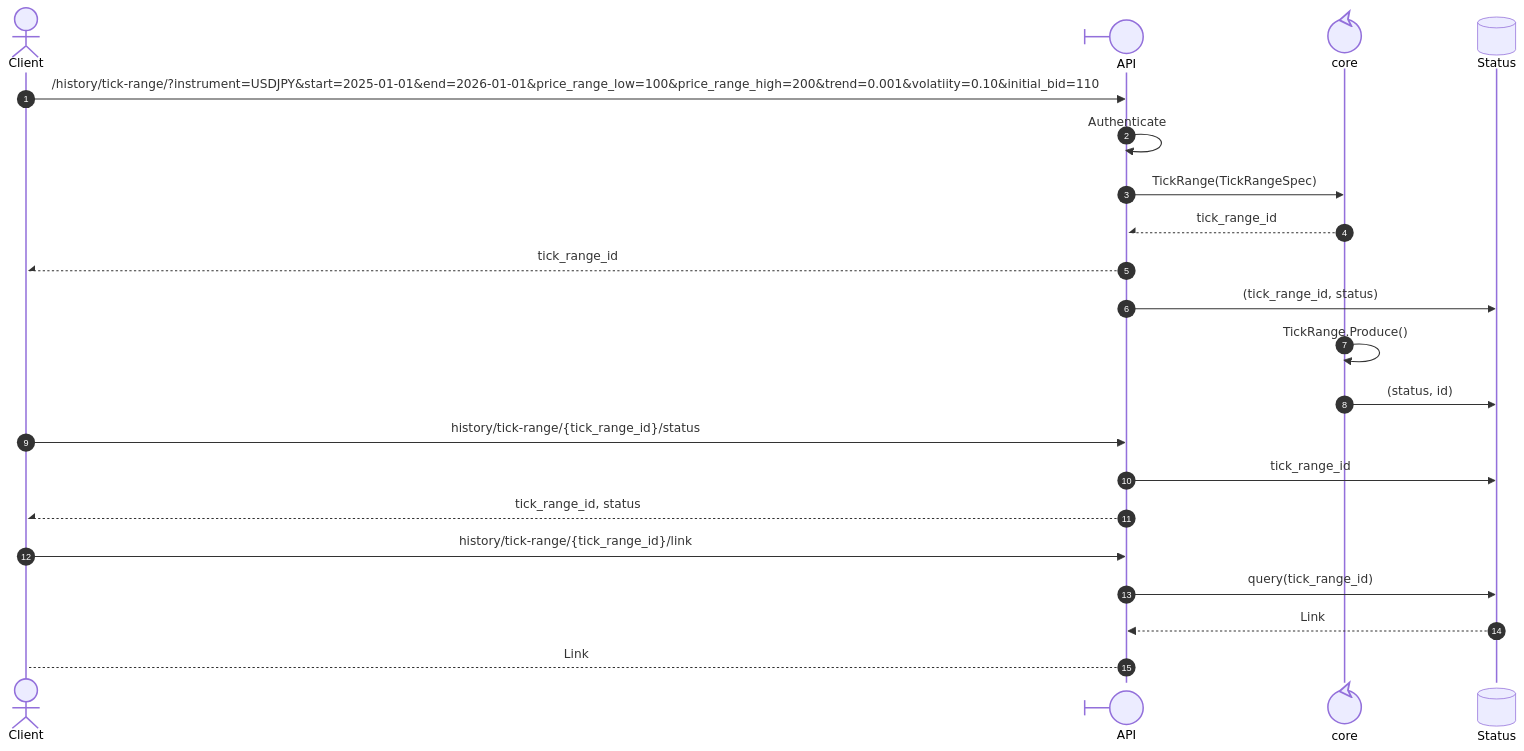
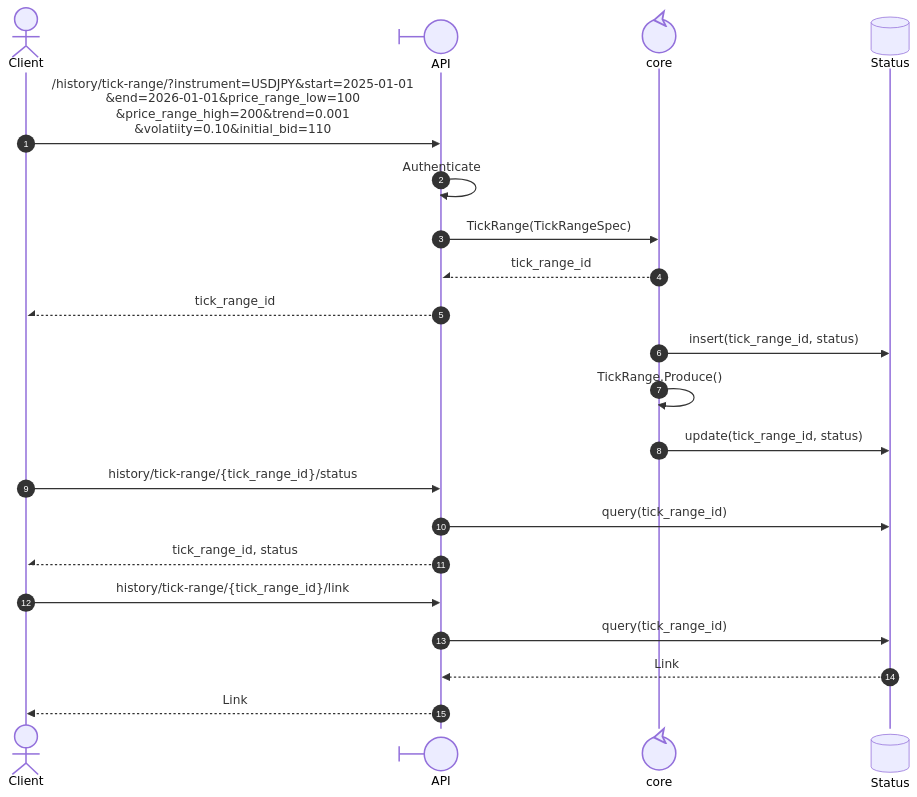
Before and after one commit to mchiuminatto/synthetick: the fourth of 4 diagrams in docs/design/domain-analysis.md, drawn with Mermaid. The commit also changed other lines of this file, not shown here.

````diff
--- a/docs/design/domain-analysis.md
+++ b/docs/design/domain-analysis.md
@@ -159,33 +222,26 @@
 ```mermaid
 sequenceDiagram
     autonumber
     actor Client
     participant API@{"type": "boundary", "alias": "API"} as API
     participant Core@{"type": "control", "alias": "core"} as Core
     participant DB@{"type": "database", "alias": "Status"} as Status
 
-    Client ->> API: /history/tick-range/?instrument=USDJPY&start=2025-01-01&end=2026-01-01&price_range_low=100&price_range_high=200&trend=0.001&volatiity=0.10&initial_bid=110
+    Client ->> API: /history/tick-range/?instrument=USDJPY&start=2025-01-01<br>&end=2026-01-01&price_range_low=100<br>&price_range_high=200&trend=0.001<br>&volatiity=0.10&initial_bid=110
     API ->> API: Authenticate
     API ->> Core: TickRange(TickRangeSpec)
     Core --|/ API: tick_range_id
     API --|/ Client: tick_range_id
-    API ->> DB: (tick_range_id, status)
+    Core ->> DB: insert(tick_range_id, status)
     Core ->> Core: TickRange.Produce()
-    Core ->> DB: (status, id)
+    Core ->> DB: update(tick_range_id, status)
     Client ->> API: history/tick-range/{tick_range_id}/status
-    API ->> DB: tick_range_id
+    API ->> DB: query(tick_range_id)
     API --|/ Client: tick_range_id, status
     Client ->> API: history/tick-range/{tick_range_id}/link
     API ->> DB: query(tick_range_id)
     DB -->> API: Link
-    API --> Client: Link
+    API -->> Client: Link
 
 
-
-
-    
-    
-    
-    
-    
 ```
````
